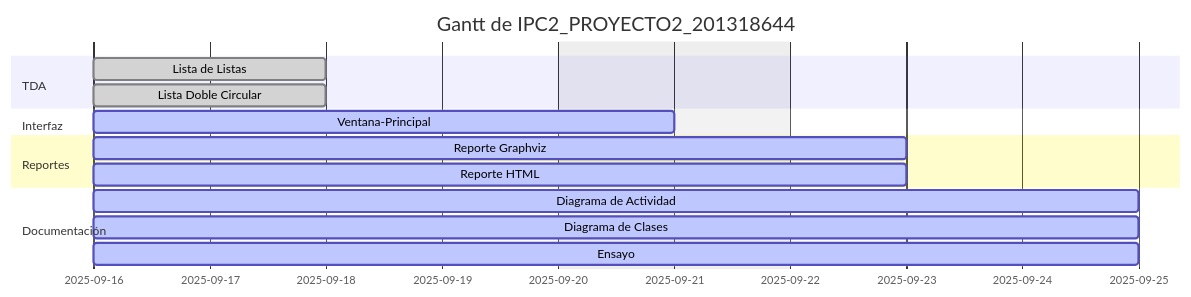
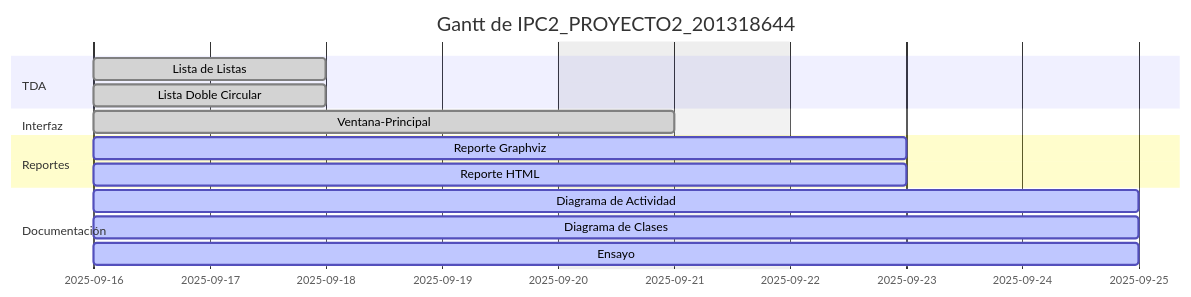
Before and after one commit to MynorCifuentes/GuateRiegos-2.0: the diagram in docs/gantt.md, drawn with Mermaid.

Commit message:
Actualiza diagrama de Gantt automático

````diff
--- a/docs/gantt.md
+++ b/docs/gantt.md
@@ -1,18 +1,18 @@
 ```mermaid
 gantt
     dateFormat  YYYY-MM-DD
     title Gantt de IPC2_PROYECTO2_201318644
     excludes    weekends
     section TDA
     Lista de Listas :done, 2, 2025-09-16, 2025-09-18
     Lista Doble Circular :done, 1, 2025-09-16, 2025-09-18
     section Interfaz
-    Ventana-Principal :active, 3, 2025-09-16, 2025-09-21
+    Ventana-Principal :done, 3, 2025-09-16, 2025-09-21
     section Reportes
     Reporte Graphviz :active, 8, 2025-09-16, 2025-09-23
     Reporte HTML :active, 7, 2025-09-16, 2025-09-23
     section Documentación
     Diagrama de Actividad :active, 6, 2025-09-16, 2025-09-25
     Diagrama de Clases :active, 5, 2025-09-16, 2025-09-25
     Ensayo :active, 4, 2025-09-16, 2025-09-25
 ```
````
